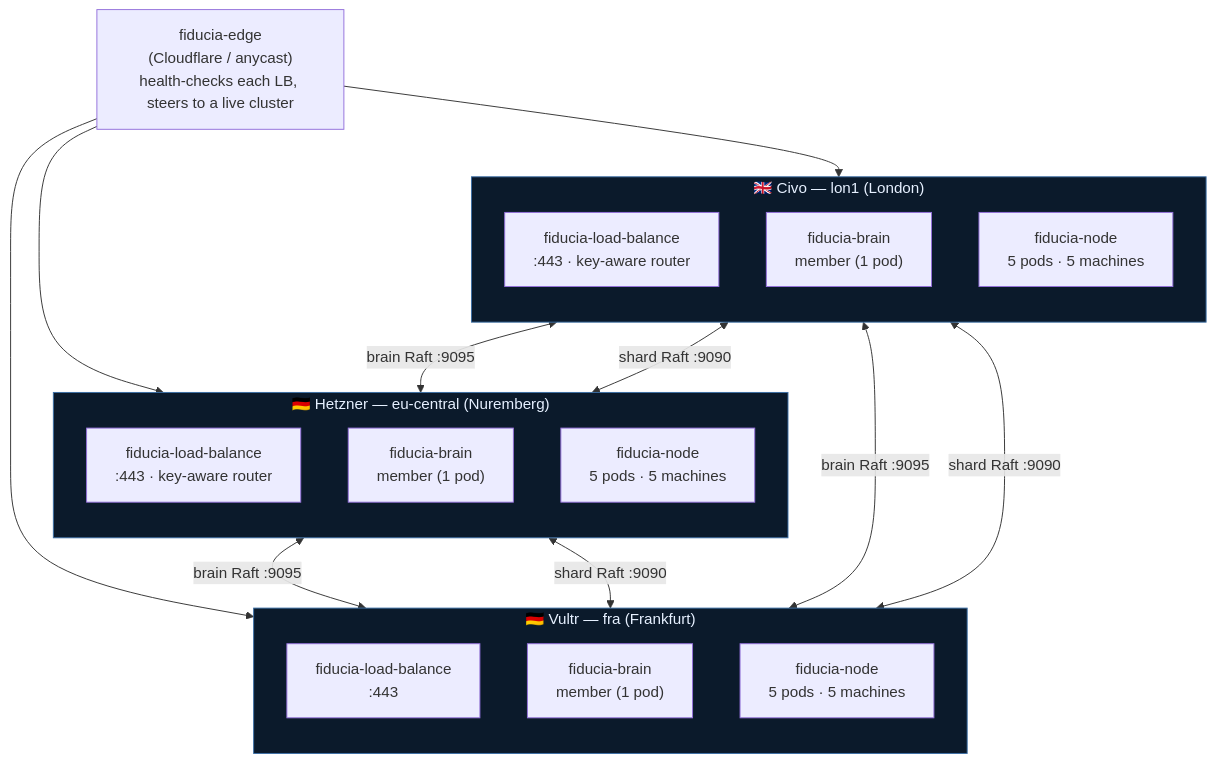
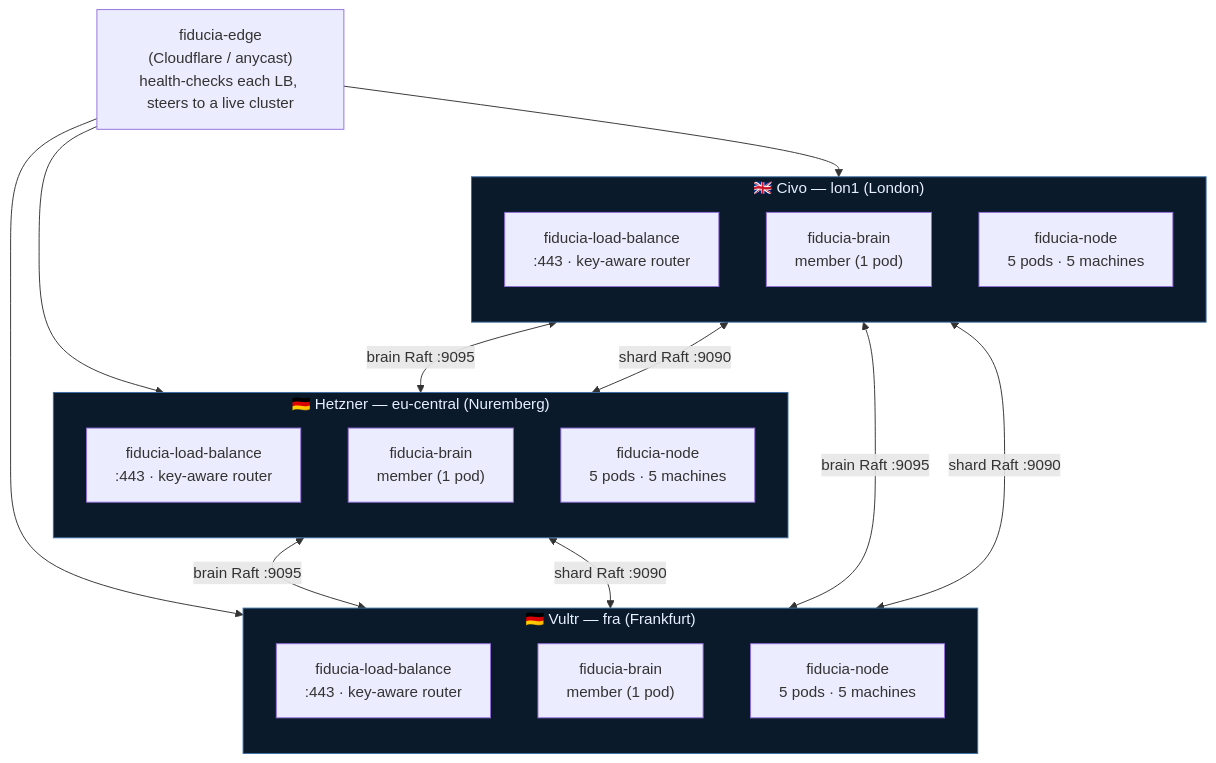
The first of 8 diagrams in docs/multi-cluster-architecture.md (fiducia-cloud/fiducia-infra), drawn with Mermaid before and after one commit.

Commit message:
claude autosave 2026-07-13T20:28:09Z

````diff
--- a/docs/multi-cluster-architecture.md
+++ b/docs/multi-cluster-architecture.md
@@ -38,39 +38,39 @@
 ```mermaid
 flowchart TB
     edge["fiducia-edge<br/>(Cloudflare / anycast)<br/>health-checks each LB, steers to a live cluster"]
 
     subgraph HZ["🇩🇪 Hetzner — eu-central (Nuremberg)"]
         direction TB
         h_lb["fiducia-load-balance<br/>:443 · key-aware router"]
         h_brain["fiducia-brain<br/>member (1 pod)"]
         h_nodes["fiducia-node<br/>5 pods · 5 machines"]
     end
 
     subgraph VU["🇩🇪 Vultr — fra (Frankfurt)"]
         direction TB
-        v_lb["fiducia-load-balance<br/>:443"]
+        v_lb["fiducia-load-balance<br/>:443 · key-aware router"]
         v_brain["fiducia-brain<br/>member (1 pod)"]
         v_nodes["fiducia-node<br/>5 pods · 5 machines"]
     end
 
     subgraph CI["🇬🇧 Civo — lon1 (London)"]
         direction TB
         c_lb["fiducia-load-balance<br/>:443 · key-aware router"]
         c_brain["fiducia-brain<br/>member (1 pod)"]
         c_nodes["fiducia-node<br/>5 pods · 5 machines"]
     end
 
     edge --> h_lb & v_lb & c_lb
 
     %% Cross-cluster Raft over the Cilium Cluster Mesh
     h_brain <-->|"brain Raft :9095"| v_brain
     v_brain <-->|"brain Raft :9095"| c_brain
     c_brain <-->|"brain Raft :9095"| h_brain
 
     h_nodes <-->|"shard Raft :9090"| v_nodes
     v_nodes <-->|"shard Raft :9090"| c_nodes
     c_nodes <-->|"shard Raft :9090"| h_nodes
 
     classDef cloud fill:#0b1a2b,stroke:#3b6ea5,color:#e6f0ff;
     class HZ,VU,CI cloud;
 ```
````
